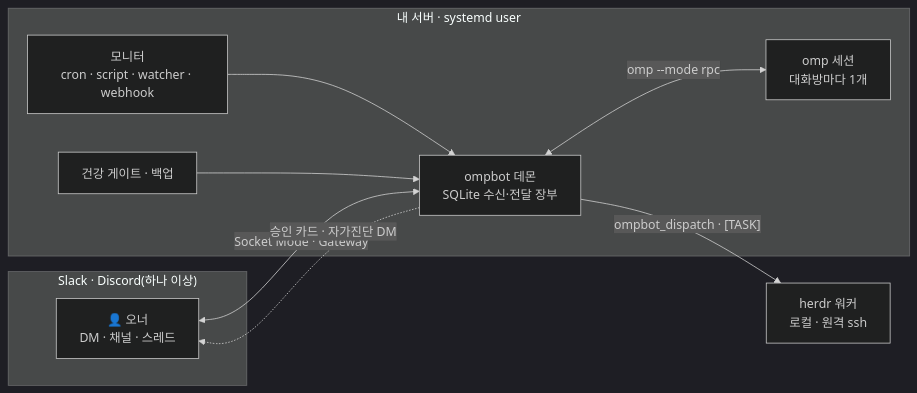
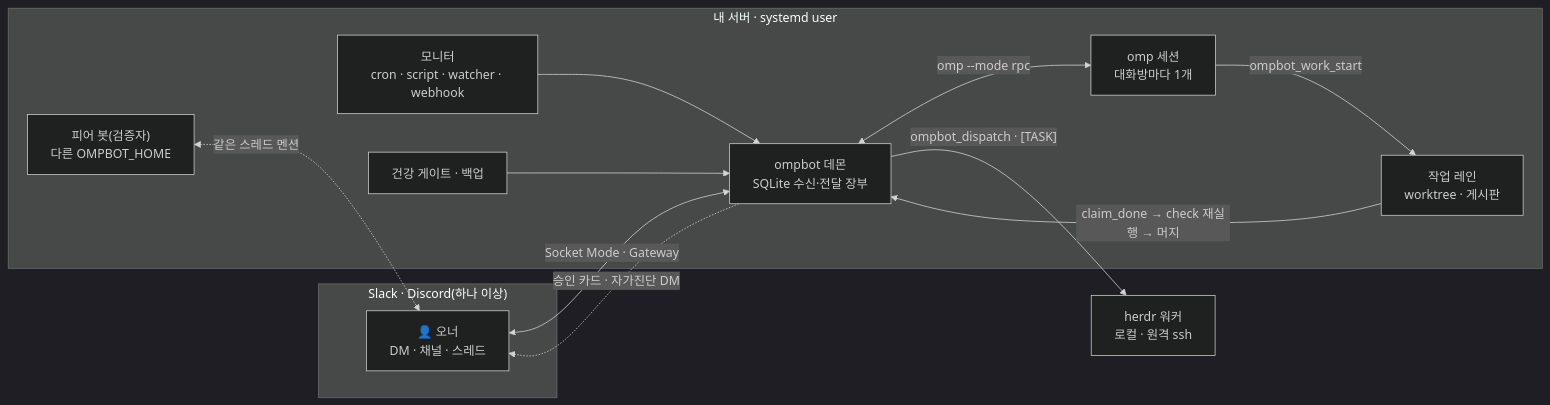
The diagram in README.md (gimso2x/ompbot), drawn with Mermaid (dark theme) before and after one commit. The commit also changed other lines of this file and 268 other files, not shown here.

````diff
--- a/README.md
+++ b/README.md
@@ -128,19 +130,24 @@
 ```mermaid
 flowchart LR
   subgraph Chat["Slack · Discord(하나 이상)"]
     O["👤 오너<br/>DM · 채널 · 스레드"]
   end
   subgraph Host["내 서버 · systemd user"]
     D["ompbot 데몬<br/>SQLite 수신·전달 장부"]
     S["omp 세션<br/>대화방마다 1개"]
     M["모니터<br/>cron · script · watcher · webhook"]
     G["건강 게이트 · 백업"]
+    L["작업 레인<br/>worktree · 게시판"]
+    P["피어 봇(검증자)<br/>다른 OMPBOT_HOME"]
   end
   W["herdr 워커<br/>로컬 · 원격 ssh"]
   O <-->|"Socket Mode · Gateway"| D
   D <-->|"omp --mode rpc"| S
   M --> D
   G --> D
+  S -->|"ompbot_work_start"| L
+  L -->|"claim_done → check 재실행 → 머지"| D
+  P <-.->|"같은 스레드 멘션"| O
   D -->|"ompbot_dispatch · [TASK]"| W
   D -.->|"승인 카드 · 자가진단 DM"| O
 ```
````
